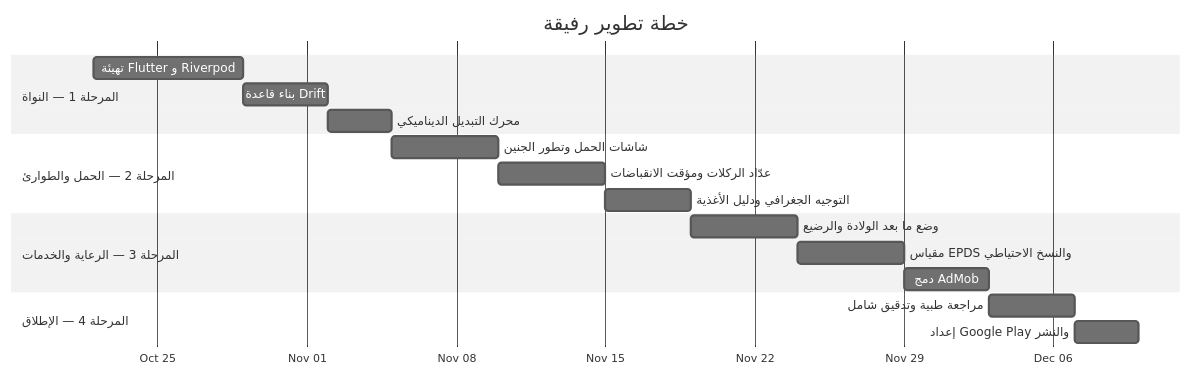
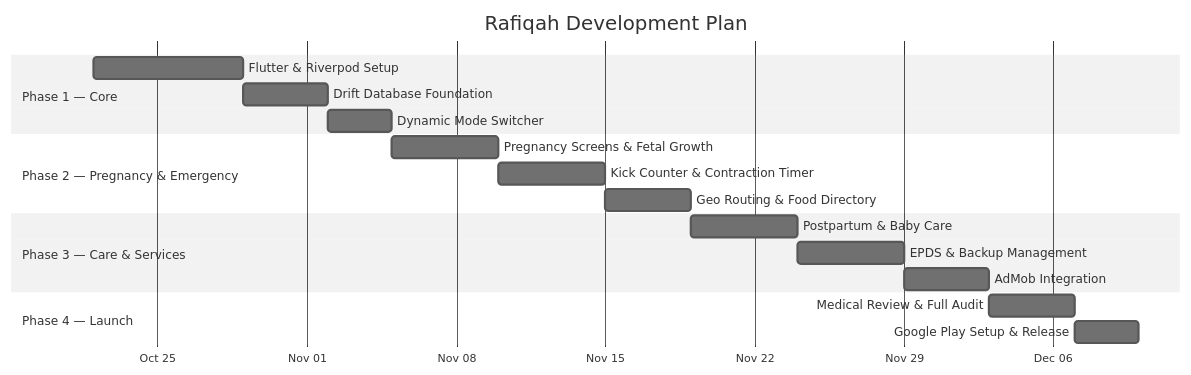
The diagram in README.md (billelaggab/rafiqah), drawn with Mermaid (neutral theme) before and after one commit. The commit also changed other lines of this file, not shown here.

````diff
--- a/README.md
+++ b/README.md
@@ -319,25 +312,25 @@
 ```mermaid
 gantt
-    title خطة تطوير رفيقة
+    title Rafiqah Development Plan
     dateFormat  YYYY-MM-DD
     axisFormat  %b %d
 
-    section المرحلة 1 — النواة
-    تهيئة Flutter و Riverpod          :a1, 2026-10-22, 7d
-    بناء قاعدة Drift                  :a2, after a1, 4d
-    محرك التبديل الديناميكي            :a3, after a2, 3d
+    section Phase 1 — Core
+    Flutter & Riverpod Setup          :a1, 2026-10-22, 7d
+    Drift Database Foundation        :a2, after a1, 4d
+    Dynamic Mode Switcher            :a3, after a2, 3d
 
-    section المرحلة 2 — الحمل والطوارئ
-    شاشات الحمل وتطور الجنين          :b1, after a3, 5d
-    عدّاد الركلات ومؤقت الانقباضات    :b2, after b1, 5d
-    التوجيه الجغرافي ودليل الأغذية    :b3, after b2, 4d
+    section Phase 2 — Pregnancy & Emergency
+    Pregnancy Screens & Fetal Growth  :b1, after a3, 5d
+    Kick Counter & Contraction Timer :b2, after b1, 5d
+    Geo Routing & Food Directory      :b3, after b2, 4d
 
-    section المرحلة 3 — الرعاية والخدمات
-    وضع ما بعد الولادة والرضيع        :c1, after b3, 5d
-    مقياس EPDS والنسخ الاحتياطي       :c2, after c1, 5d
-    دمج AdMob                         :c3, after c2, 4d
+    section Phase 3 — Care & Services
+    Postpartum & Baby Care            :c1, after b3, 5d
+    EPDS & Backup Management         :c2, after c1, 5d
+    AdMob Integration                :c3, after c2, 4d
 
-    section المرحلة 4 — الإطلاق
-    مراجعة طبية وتدقيق شامل          :d1, after c3, 4d
-    إعداد Google Play والنشر          :d2, after d1, 3d
+    section Phase 4 — Launch
+    Medical Review & Full Audit      :d1, after c3, 4d
+    Google Play Setup & Release      :d2, after d1, 3d
 ```
````
